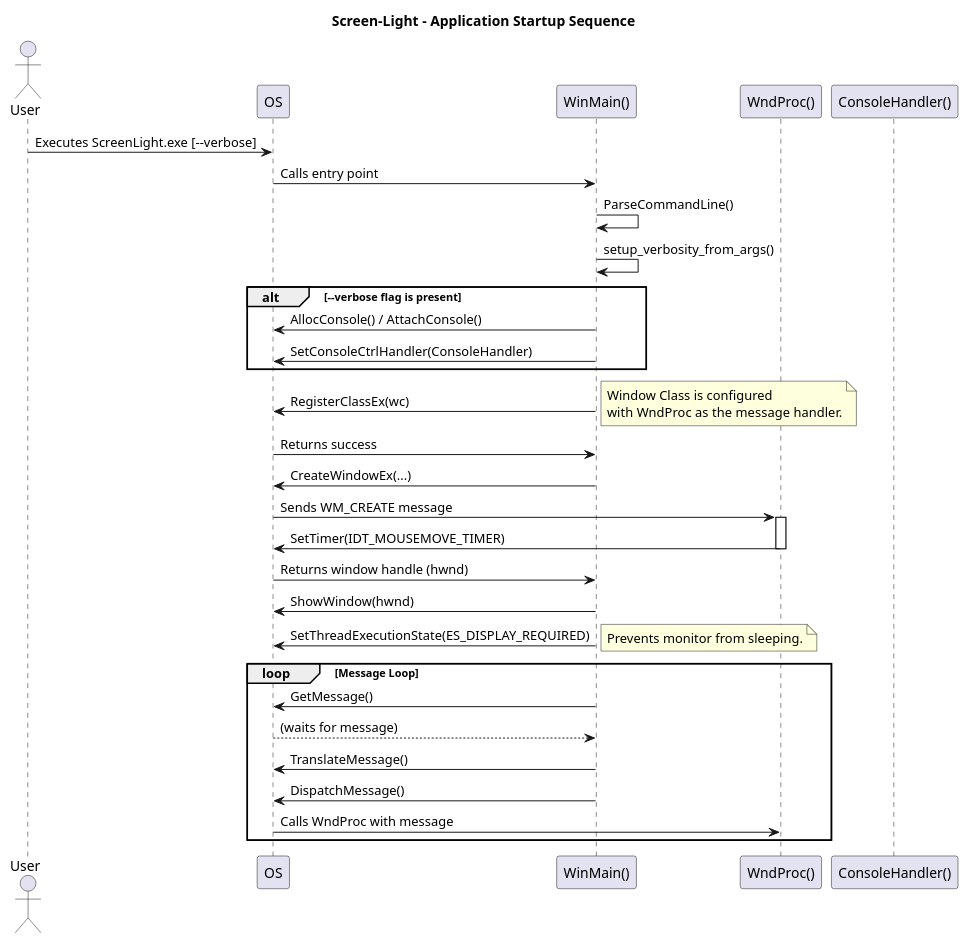
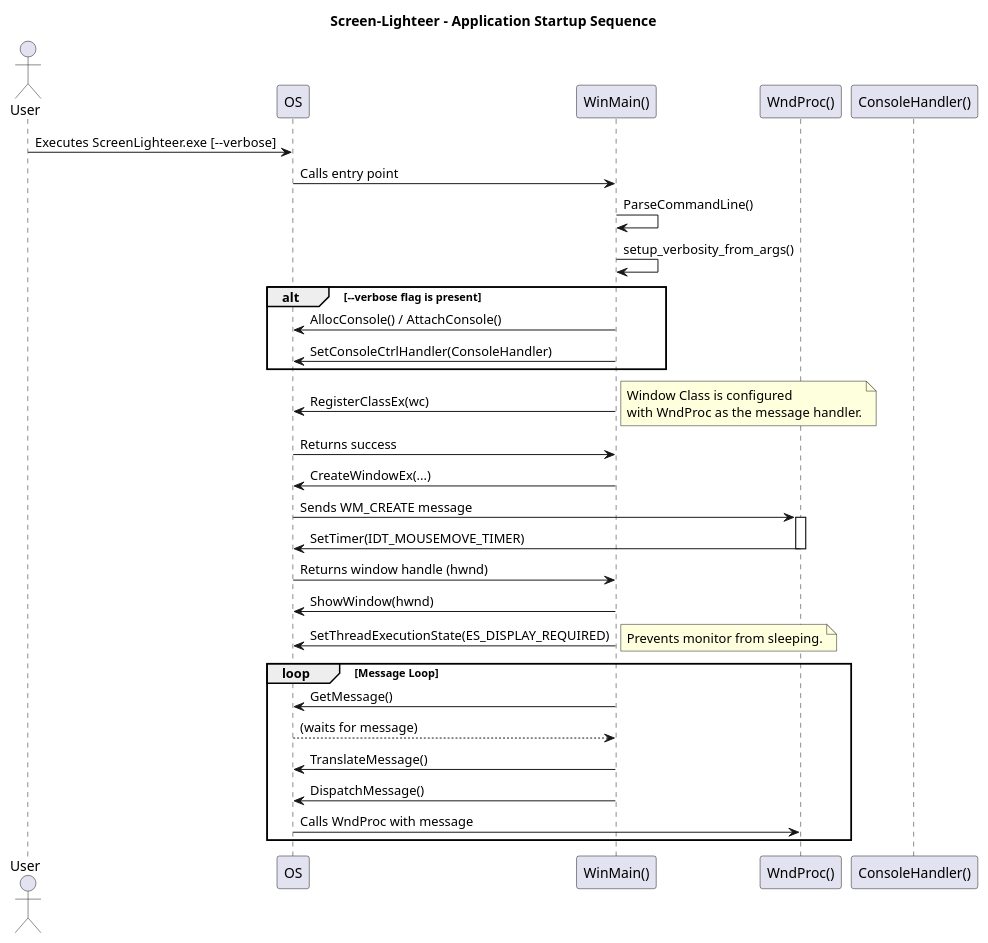
Before and after one commit to CosmicDNA/screen-light: the diagram in diagrams/sequence_startup.plantuml, drawn with PlantUML. The commit also changed 21 other files, not shown here.

Commit message:
:art: rebrand to Screen Lighteer.

```diff
--- a/diagrams/sequence_startup.plantuml
+++ b/diagrams/sequence_startup.plantuml
@@ -1,45 +1,45 @@
 @startuml
-title Screen-Light - Application Startup Sequence
+title Screen-Lighteer - Application Startup Sequence
 
 actor User
 participant "OS" as OS
 participant "WinMain()" as WinMain
 participant "WndProc()" as WndProc
 participant "ConsoleHandler()" as ConsoleHandler
 
-User -> OS: Executes ScreenLight.exe [--verbose]
+User -> OS: Executes ScreenLighteer.exe [--verbose]
 OS -> WinMain: Calls entry point
 
 WinMain -> WinMain: ParseCommandLine()
 WinMain -> WinMain: setup_verbosity_from_args()
 
 alt --verbose flag is present
   WinMain -> OS: AllocConsole() / AttachConsole()
   WinMain -> OS: SetConsoleCtrlHandler(ConsoleHandler)
 end
 
 WinMain -> OS: RegisterClassEx(wc)
 note right: Window Class is configured\nwith WndProc as the message handler.
 
 OS -> WinMain: Returns success
 WinMain -> OS: CreateWindowEx(...)
 OS -> WndProc: Sends WM_CREATE message
 
 activate WndProc
 WndProc -> OS: SetTimer(IDT_MOUSEMOVE_TIMER)
 deactivate WndProc
 
 OS -> WinMain: Returns window handle (hwnd)
 WinMain -> OS: ShowWindow(hwnd)
 WinMain -> OS: SetThreadExecutionState(ES_DISPLAY_REQUIRED)
 note right: Prevents monitor from sleeping.
 
 loop Message Loop
   WinMain -> OS: GetMessage()
   OS --> WinMain: (waits for message)
   WinMain -> OS: TranslateMessage()
   WinMain -> OS: DispatchMessage()
   OS -> WndProc: Calls WndProc with message
 end
 
 @enduml
```
